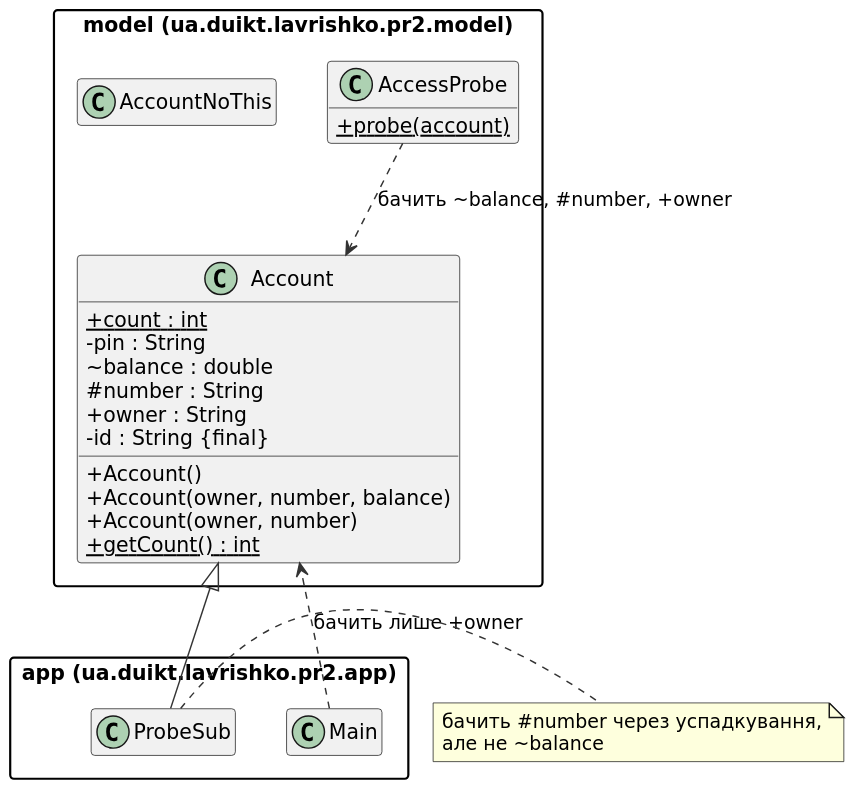
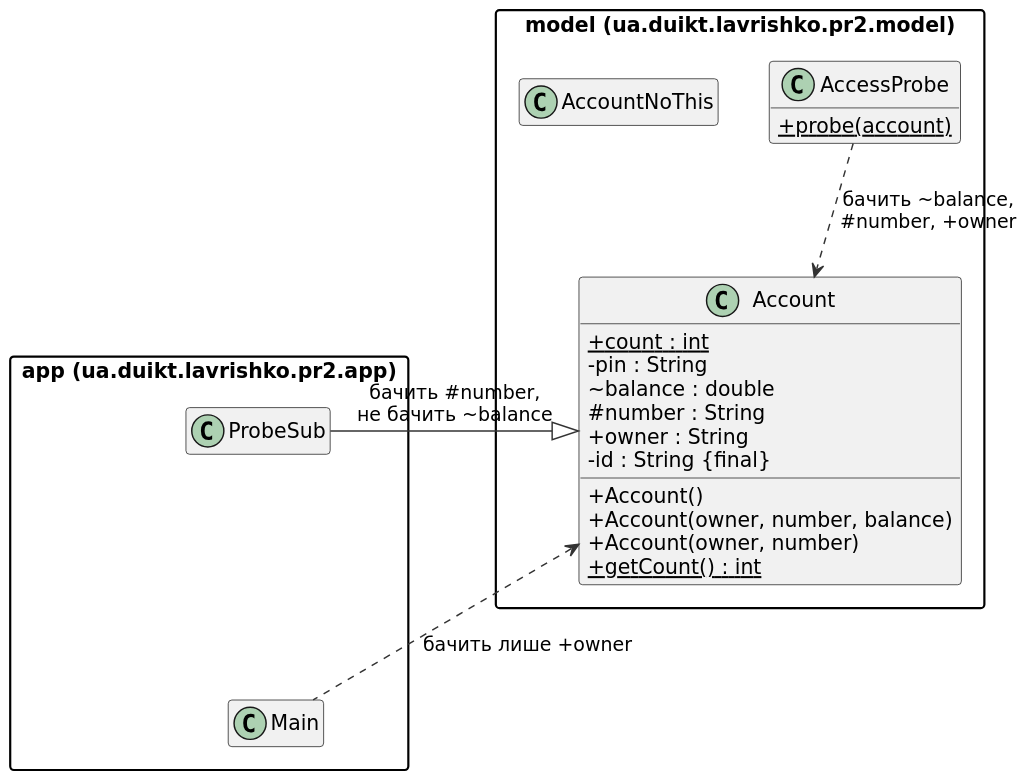
The diagram in java/pr-2/diagrams/access.puml (brizzinck/krinzhrepoduta), drawn with PlantUML before and after one commit. The commit also changed 158 other files, not shown here.

```diff
--- a/java/pr-2/diagrams/access.puml
+++ b/java/pr-2/diagrams/access.puml
@@ -1,39 +1,39 @@
 @startuml
 skinparam dpi 140
 skinparam defaultFontName DejaVu Sans
 skinparam shadowing false
 skinparam classAttributeIconSize 0
 skinparam packageStyle rectangle
 skinparam ArrowColor #333333
 set separator none
 hide empty members
 
 package "model (ua.duikt.lavrishko.pr2.model)" {
   class Account {
     {static} +count : int
     -pin : String
     ~balance : double
     #number : String
     +owner : String
     -id : String {final}
     +Account()
     +Account(owner, number, balance)
     +Account(owner, number)
     {static} +getCount() : int
   }
   class AccessProbe {
     +{static} probe(account)
   }
   class AccountNoThis
 }
 
 package "app (ua.duikt.lavrishko.pr2.app)" {
   class Main
   class ProbeSub
 }
 
-Account <|-- ProbeSub
-AccessProbe ..> Account : бачить ~balance, #number, +owner
-Main ..> Account : бачить лише +owner
-note right of ProbeSub : бачить #number через успадкування,\nале не ~balance
+Account <|-right- ProbeSub : бачить #number,\nне бачить ~balance
+AccessProbe .down.> Account : бачить ~balance,\n#number, +owner
+ProbeSub -[hidden]down- Main
+Main .left.> Account : бачить лише +owner
 @enduml
```
